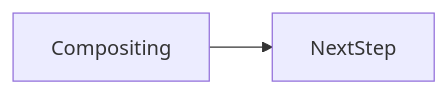
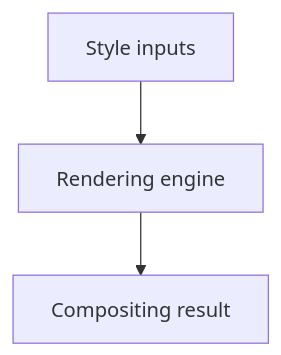
One commit to OmidJavaherii/Frontend-Engineering-Handbook changed the second of 2 diagrams in docs/en/05-css/compositing/index.md. Above: the diagram before and after it, drawn with Mermaid. The commit also changed other lines of this file and 461 other files, not shown here.

````diff
--- a/docs/en/05-css/compositing/index.md
+++ b/docs/en/05-css/compositing/index.md
@@ -97,4 +113,5 @@
 ```mermaid
-flowchart LR
-  concept[Compositing] --> nextStep[NextStep]
+flowchart TD
+  Input[Style inputs] --> Engine[Rendering engine]
+  Engine --> Out[Compositing result]
 ```
````
